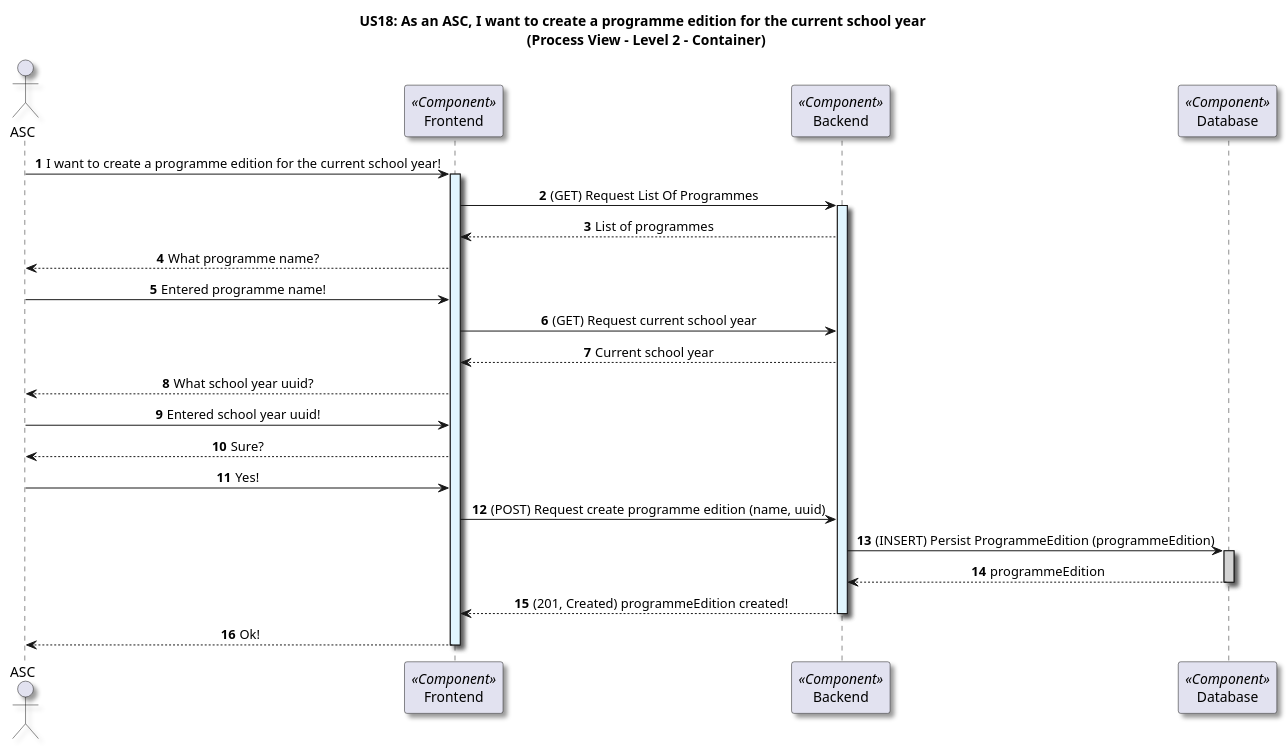
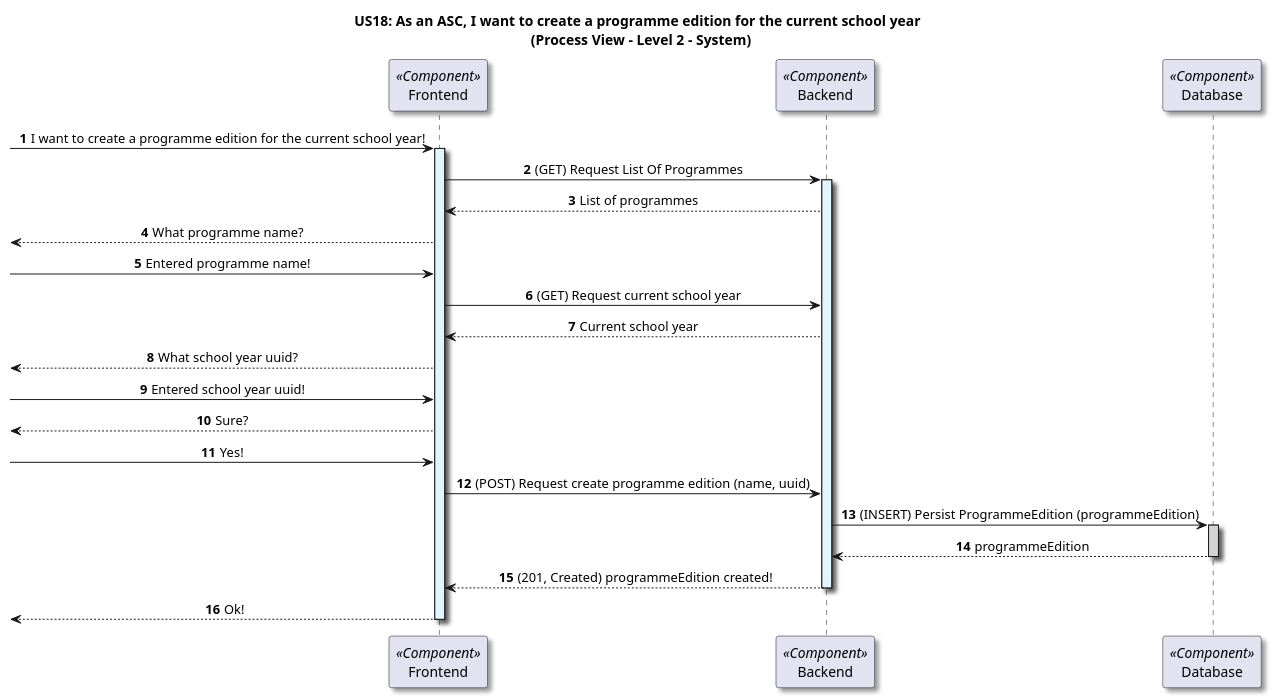
Before and after one commit to GasparISEP/DevOps-PAI: the diagram in docs/US18/Sprint6_RestAPI/ProcessView/Level2.puml, drawn with PlantUML.

Commit message:
Removed actor from Level 2 Process View diagram for functionality CreateProgrammeEditionForCurrentSchoolYear + tests - refs #534 #550

```diff
--- a/docs/US18/Sprint6_RestAPI/ProcessView/Level2.puml
+++ b/docs/US18/Sprint6_RestAPI/ProcessView/Level2.puml
@@ -1,53 +1,51 @@
 @startuml
 
-title US18: As an ASC, I want to create a programme edition for the current school year \n (Process View - Level 2 - Container)
+title US18: As an ASC, I want to create a programme edition for the current school year \n (Process View - Level 2 - System)
 
 skinparam componentStyle component
 skinparam defaultTextAlignment center
 skinparam shadowing true
 
 autonumber
 
-actor ASC as ASC
-
 participant "Frontend" as frontend <<Component>>
 participant "Backend" as backend <<Component>>
 participant "Database" as DB <<Component>>
 
-ASC -> frontend: I want to create a programme edition for the current school year!
+ -> frontend: I want to create a programme edition for the current school year!
 activate frontend #E1F5FE
 
 frontend -> backend: (GET) Request List Of Programmes
 activate backend #E1F5FE
 backend --> frontend: List of programmes
 
 
-frontend --> ASC: What programme name?
+<-- frontend: What programme name?
 
-ASC -> frontend: Entered programme name!
+ -> frontend: Entered programme name!
 
 
 frontend -> backend: (GET) Request current school year
 backend --> frontend: Current school year
-frontend --> ASC: What school year uuid?
+<-- frontend: What school year uuid?
 
-ASC -> frontend: Entered school year uuid!
+ -> frontend: Entered school year uuid!
 
-frontend --> ASC: Sure?
+<-- frontend: Sure?
 
-ASC -> frontend: Yes!
+ -> frontend: Yes!
 
 frontend -> backend: (POST) Request create programme edition (name, uuid)
 
 backend -> DB: (INSERT) Persist ProgrammeEdition (programmeEdition)
 activate DB #LightGray
 DB --> backend: programmeEdition
 deactivate DB
 
 backend --> frontend: (201, Created) programmeEdition created!
 deactivate backend
 
-frontend --> ASC: Ok!
+ <-- frontend: Ok!
 deactivate frontend
 
 @enduml
```
